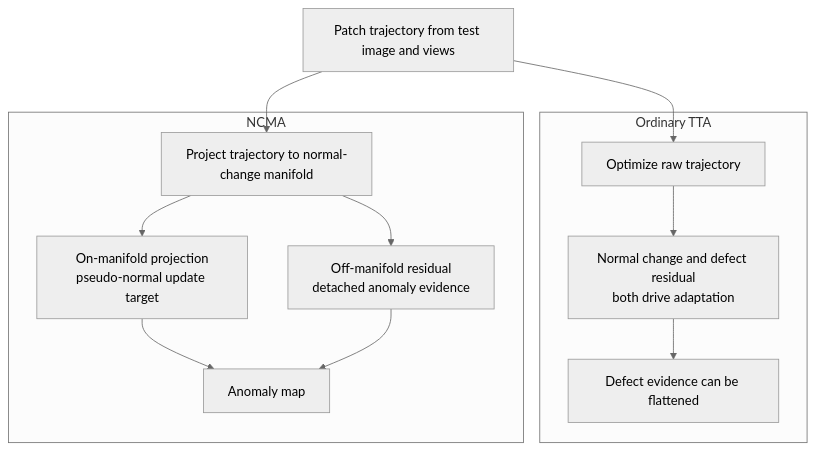
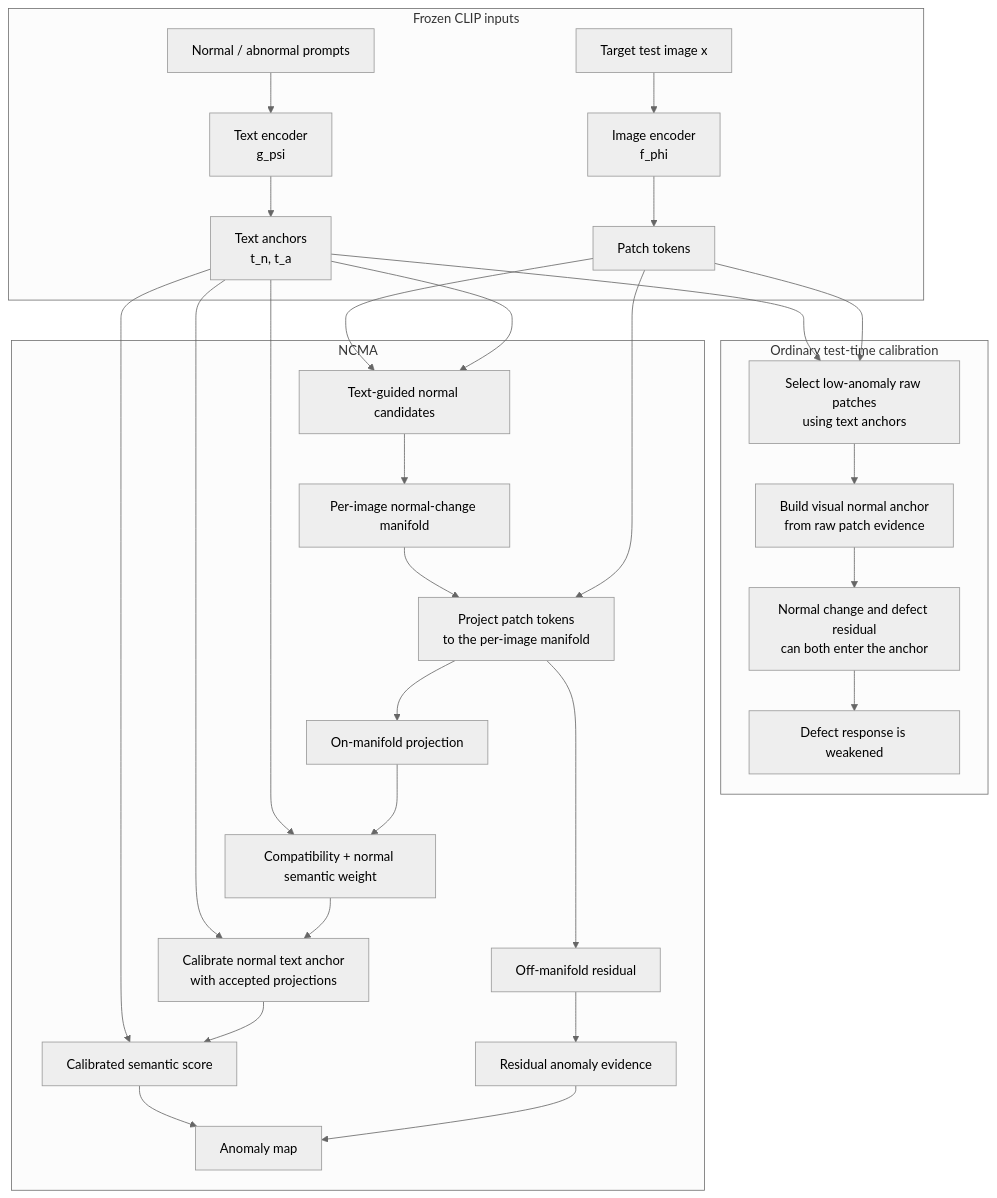
One commit to soongao/wavelet_tta_anomaly changed the diagram in ncma_idea_package/figures/mechanism_residual.mmd. Above: the diagram before and after it, drawn with Mermaid (neutral theme). The commit also changed 48 other files, not shown here.

```diff
--- a/ncma_idea_package/figures/mechanism_residual.mmd
+++ b/ncma_idea_package/figures/mechanism_residual.mmd
@@ -1,21 +1,41 @@
 flowchart TB
-    X["Patch trajectory from test image and views"]
+    subgraph CLIP["Frozen CLIP inputs"]
+        X["Target test image x"]
+        IE["Image encoder<br/>f_phi"]
+        P["Patch tokens"]
+        Prompt["Normal / abnormal prompts"]
+        TE["Text encoder<br/>g_psi"]
+        T["Text anchors<br/>t_n, t_a"]
+        X --> IE --> P
+        Prompt --> TE --> T
+    end
 
-    subgraph Ordinary["Ordinary TTA"]
-        O1["Optimize raw trajectory"]
-        O2["Normal change and defect residual<br/>both drive adaptation"]
-        O3["Defect evidence can be flattened"]
-        O1 --> O2 --> O3
+    subgraph Ordinary["Ordinary test-time calibration"]
+        O1["Select low-anomaly raw patches<br/>using text anchors"]
+        O2["Build visual normal anchor<br/>from raw patch evidence"]
+        O3["Normal change and defect residual<br/>can both enter the anchor"]
+        O4["Defect response is weakened"]
+        T --> O1
+        P --> O1 --> O2 --> O3 --> O4
     end
 
     subgraph NCMA["NCMA"]
-        N1["Project trajectory to normal-change manifold"]
-        N2["On-manifold projection<br/>pseudo-normal update target"]
-        N3["Off-manifold residual<br/>detached anomaly evidence"]
-        N4["Anomaly map"]
-        N1 --> N2 --> N4
-        N1 --> N3 --> N4
+        A["Text-guided normal candidates"]
+        B["Per-image normal-change manifold"]
+        N1["Project patch tokens<br/>to the per-image manifold"]
+        N2["On-manifold projection"]
+        N3["Off-manifold residual"]
+        N4["Compatibility + normal semantic weight"]
+        N5["Calibrate normal text anchor<br/>with accepted projections"]
+        N6["Calibrated semantic score"]
+        N7["Residual anomaly evidence"]
+        N8["Anomaly map"]
+        P --> A --> B --> N1
+        P --> N1
+        T --> A
+        T --> N4
+        T --> N5
+        T --> N6
+        N1 --> N2 --> N4 --> N5 --> N6 --> N8
+        N1 --> N3 --> N7 --> N8
     end
-
-    X --> O1
-    X --> N1
```
